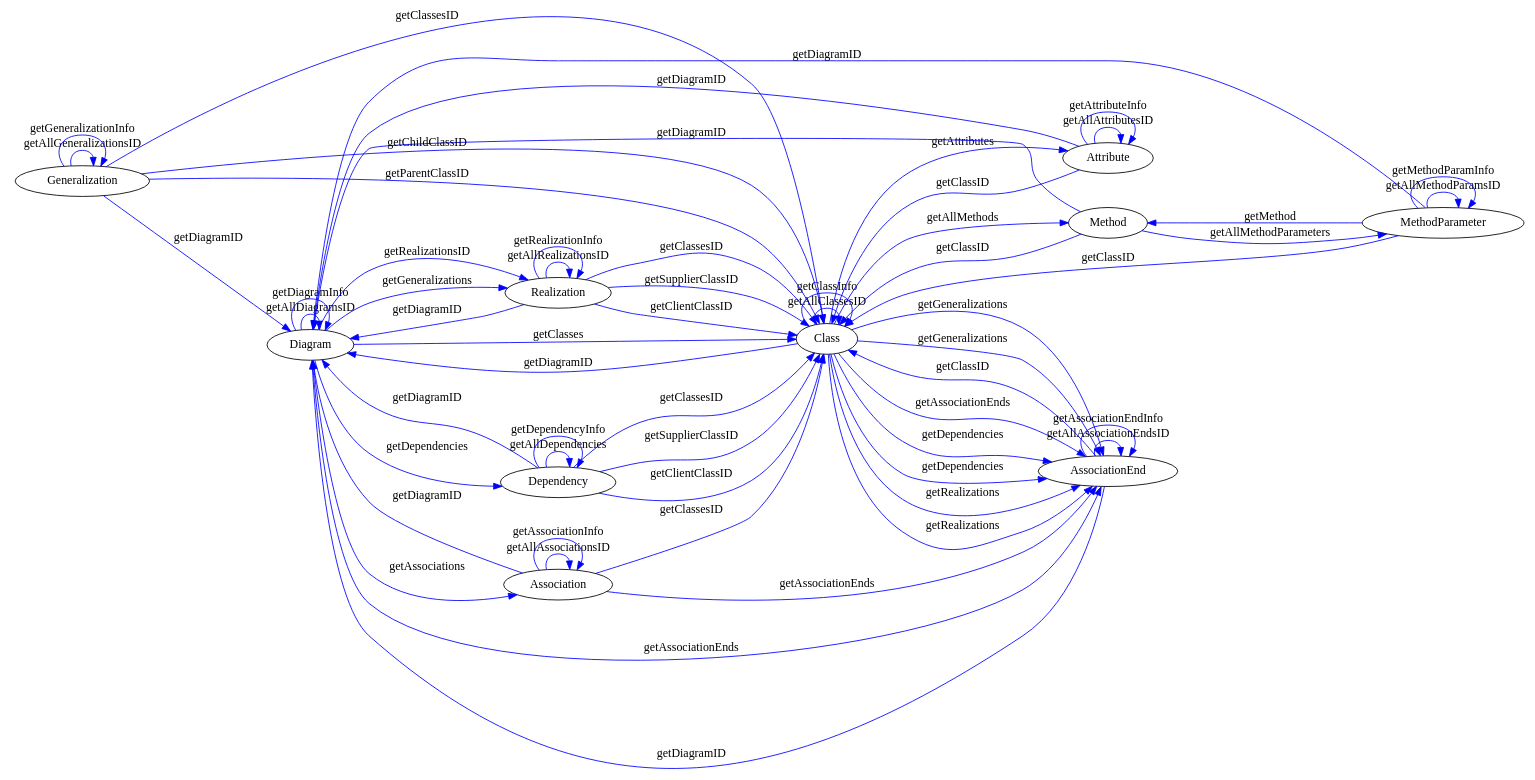
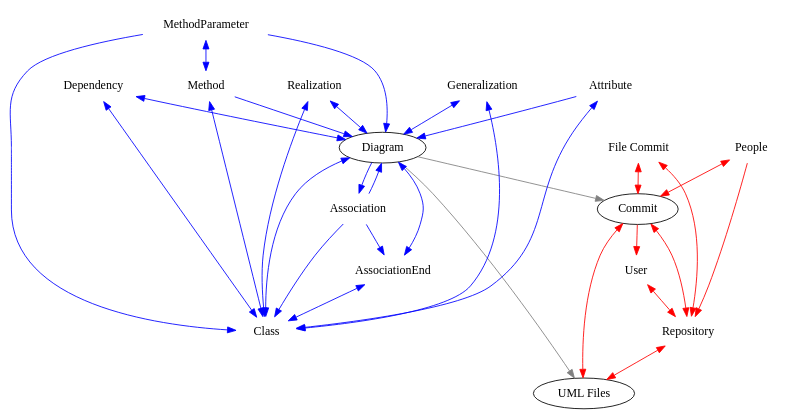
The diagram in pathModelisation.dot (sbucaille/restlindholmen), drawn with Graphviz before and after one commit. The commit also changed 3 other files, not shown here.

First line of the commit message:
Updated the .dot and .pdf to fit with new implementations of generic paths.

```diff
--- a/pathModelisation.dot
+++ b/pathModelisation.dot
@@ -1,82 +1,81 @@
-digraph Automaton {
-rankdir = LR
-0 [label = "Diagram"];
-1 [label = "Class"];
-2 [label = "Attribute"];
-3 [label = "Method"];
-4 [label = "MethodParameter"];
-5 [label = "Association"];
-6 [label = "AssociationEnd"];
-7 [label = "Dependency"];
-8 [label = "Realization"];
-9 [label = "Generalization"];
+digraph GenericPaths {
 
-0 -> 0 [label = "getAllDiagramsID" color="blue"]
-0 -> 0 [label = "getDiagramInfo" color="blue"]
-1 -> 0 [label = "getDiagramID" color="blue"]
-2 -> 0 [label = "getDiagramID" color="blue"]
-3 -> 0 [label = "getDiagramID" color="blue"]
-4 -> 0 [label = "getDiagramID" color="blue"]
-5 -> 0 [label = "getDiagramID" color="blue"]
-6 -> 0 [label = "getDiagramID" color="blue"]
-7 -> 0 [label = "getDiagramID" color="blue"]
-8 -> 0 [label = "getDiagramID" color="blue"]
-9 -> 0 [label = "getDiagramID" color="blue"]
+    0 -> 10 [color = "grey"]
+    0 -> 11 [color = "grey"]
 
-1 -> 1 [label = "getAllClassesID" color="blue"]
-1 -> 1 [label = "getClassInfo" color="blue"]
-0 -> 1 [label = "getClasses" color="blue"]
-2 -> 1 [label = "getClassID" color="blue"]
-3 -> 1 [label = "getClassID" color="blue"]
-4 -> 1 [label = "getClassID" color="blue"]
-5 -> 1 [label = "getClassesID" color="blue"] //Get the two classes associated
-6 -> 1 [label = "getClassID" color="blue"]
-7 -> 1 [label = "getClassesID" color="blue"]
-7 -> 1 [label = "getSupplierClassID" color="blue"]
-7 -> 1 [label = "getClientClassID" color="blue"]
-8 -> 1 [label = "getClassesID" color="blue"]
-8 -> 1 [label = "getSupplierClassID" color="blue"]
-8 -> 1 [label = "getClientClassID" color="blue"]
-9 -> 1 [label = "getClassesID" color="blue"]
-9 -> 1 [label = "getChildClassID" color="blue"]
-9 -> 1 [label = "getParentClassID" color="blue"]
+    subgraph UMLProjectMetaData {
 
-2 -> 2 [label = "getAllAttributesID" color="blue"]
-2 -> 2 [label = "getAttributeInfo" color="blue"]
-1 -> 2 [label = "getAttributes" color="blue"]
+    rankdir = LR
+    style = filled;
+    color = blue;
+    node [style = filled,color = white];
+    label = "UML Project Meta Data";
 
-1 -> 3 [label = "getAllMethods" color="blue"]
-4 -> 3 [label = "getMethod" color="blue"]
+    10 [label = "UML Files"];
+    11 [label = "Commit"];
+    12 [label = "Repository"];
+    13 [label = "File Commit"];
+    14 [label = "People"];
+    15 [label = "User"];
 
-4 -> 4 [label = "getAllMethodParamsID" color="blue"]
-4 -> 4 [label = "getMethodParamInfo" color="blue"]
-3 -> 4 [label = "getAllMethodParameters" color="blue"]
+    11 -> 10 [color = "red" dir = "both"];
+    12 -> 10 [color = "red" dir = "both"];
 
-5 -> 5 [label = "getAllAssociationsID" color="blue"]
-5 -> 5 [label = "getAssociationInfo" color="blue"]
-0 -> 5 [label = "getAssociations" color="blue"]
+    12 -> 11 [color = "red" dir = "both"];
+    13 -> 11 [color = "red" dir = "both"];
+    14 -> 11 [color = "red" dir = "both"];
 
-6 -> 6 [label = "getAllAssociationEndsID" color="blue"]
-6 -> 6 [label = "getAssociationEndInfo" color="blue"]
-0 -> 6 [label = "getAssociationEnds" color="blue"]
-1 -> 6 [label = "getAssociationEnds" color="blue"]
-5 -> 6 [label = "getAssociationEnds" color="blue"]
+    13 -> 12 [color = "red" dir = "both"];
+    14 -> 12 [color = "red"];
+    15 -> 12 [color = "red" dir = "both"];
 
-7 -> 7 [label = "getAllDependencies" color="blue"]
-7 -> 7 [label = "getDependencyInfo" color="blue"]
-0 -> 7 [label = "getDependencies" color="blue"]
-1 -> 6 [label = "getDependencies" color="blue"]
-1 -> 6 [label = "getDependencies" color="blue"]
+    11 -> 15 [color = "red"];
+    }
 
-8 -> 8 [label = "getAllRealizationsID" color="blue"]
-8 -> 8 [label = "getRealizationInfo" color="blue"]
-0 -> 8 [label = "getRealizationsID" color="blue"]
-1 -> 6 [label = "getRealizations" color="blue"]
-1 -> 6 [label = "getRealizations" color="blue"]
+    subgraph ClassDiagram {
 
-9 -> 9 [label = "getAllGeneralizationsID" color="blue"]
-9 -> 9 [label = "getGeneralizationInfo" color="blue"]
-0 -> 8 [label = "getGeneralizations" color="blue"]
-1 -> 6 [label = "getGeneralizations" color="blue"]
-1 -> 6 [label = "getGeneralizations" color="blue"]
+    rankdir = LR
+    color = lightgrey;
+    node [style = filled,color = white];
+    label = "Class Diagram Details";
+
+    0 [label = "Diagram"];
+    1 [label = "Class"];
+    2 [label = "Attribute"];
+    3 [label = "Method"];
+    4 [label = "MethodParameter"];
+    5 [label = "Association"];
+    6 [label = "AssociationEnd"];
+    7 [label = "Dependency"];
+    8 [label = "Realization"];
+    9 [label = "Generalization"];
+
+    1 -> 0 [color = "blue" dir = "both"];
+    2 -> 0 [color = "blue"];
+    3 -> 0 [color = "blue"];
+    4 -> 0 [color = "blue"];
+    5 -> 0 [color = "blue"];
+    6 -> 0 [color = "blue" dir = "both"];
+    7 -> 0 [color = "blue" dir = "both"];
+    8 -> 0 [color = "blue" dir = "both"];
+    9 -> 0 [color = "blue" dir = "both"];
+
+    2 -> 1 [color = "blue" dir = "both"];
+    3 -> 1 [color = "blue" dir = "both"];
+    4 -> 1 [color = "blue"];
+    5 -> 1 [color = "blue"]; //Get the two classes associated
+    6 -> 1 [color = "blue" dir = "both"];
+    7 -> 1 [color = "blue" dir = "both"];
+    8 -> 1 [color = "blue" dir = "both"];
+    9 -> 1 [color = "blue" dir = "both"];
+
+    4 -> 3 [color = "blue" dir = "both"];
+
+    0 -> 5 [color = "blue"];
+
+    5 -> 6 [color = "blue"];
+    }
+
+
+
 }
```
